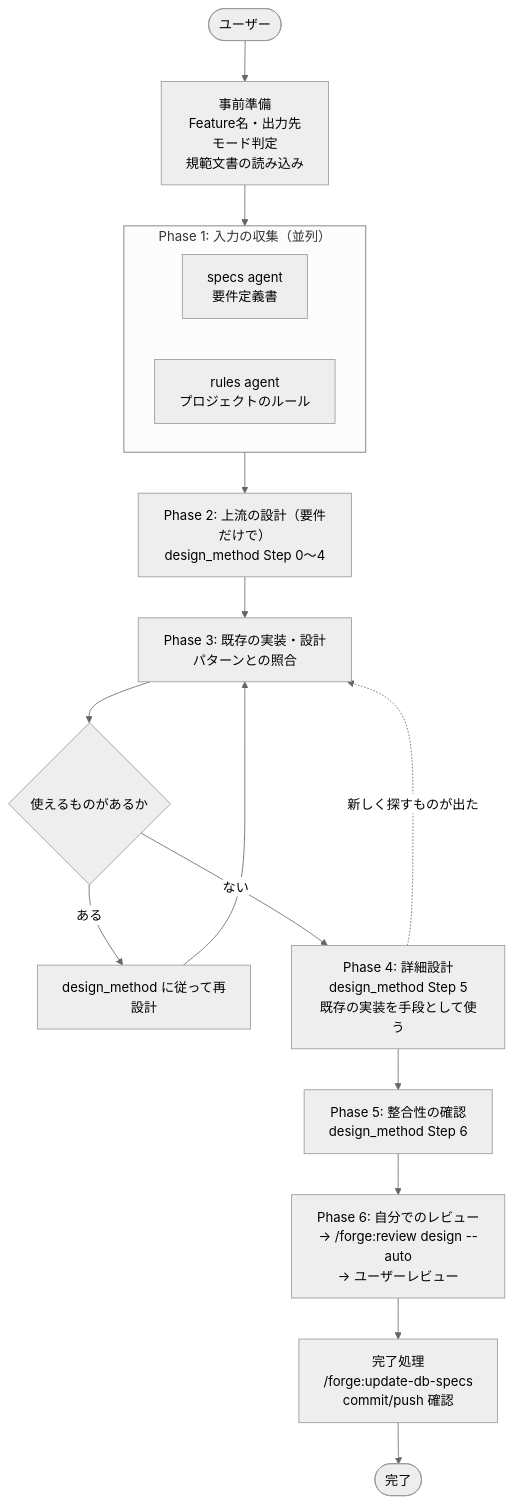
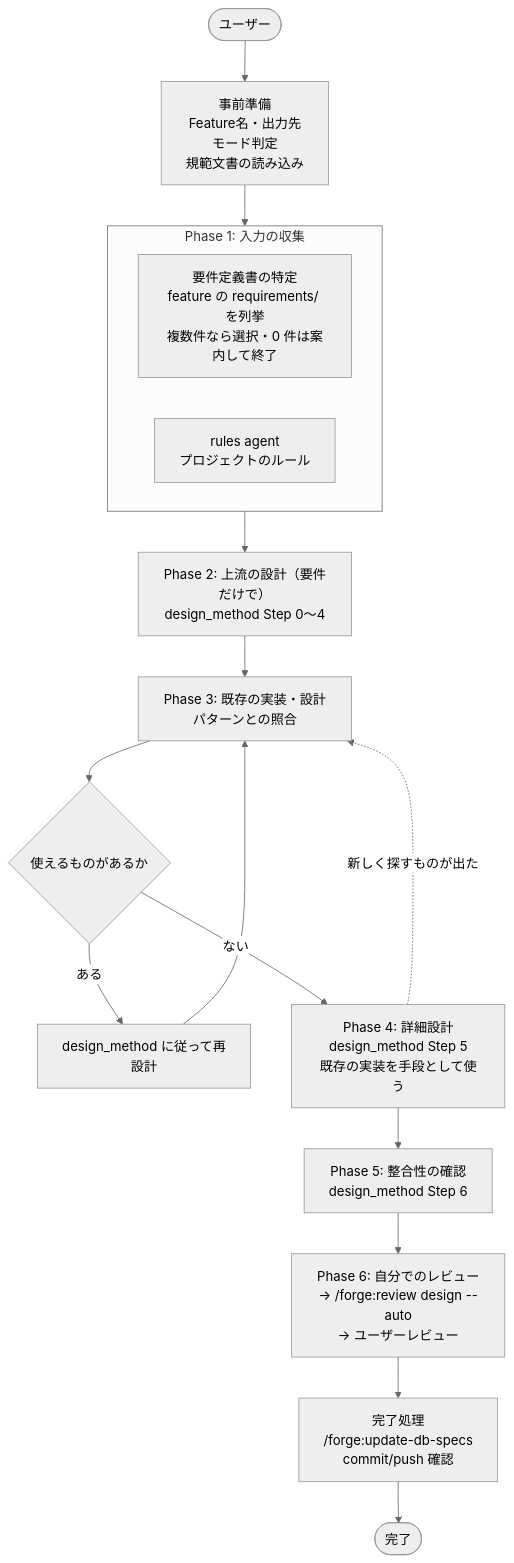
The diagram in docs/specs/forge/design/DES-018_create_design_workflow_design.md (BlueEventHorizon/bw-cc-plugins), drawn with Mermaid (neutral theme) before and after one commit. The commit also changed other lines of this file and 13 other files, not shown here.

First line of the commit message:
refactor(forge): start-design の入力となる要件定義書を、検索ではなく feature の requirements/ の列挙で特定する形にし、関連文書と索引を直す

````diff
--- a/docs/specs/forge/design/DES-018_create_design_workflow_design.md
+++ b/docs/specs/forge/design/DES-018_create_design_workflow_design.md
@@ -14,29 +14,29 @@
 ```mermaid
 flowchart TD
     User([ユーザー]) --> PREREQ
 
     PREREQ["事前準備<br>Feature名・出力先<br>モード判定<br>規範文書の読み込み"] --> COLLECT
 
-    subgraph COLLECT["Phase 1: 入力の収集（並列）"]
-        A1["specs agent<br>要件定義書"]
+    subgraph COLLECT["Phase 1: 入力の収集"]
+        A1["要件定義書の特定<br>feature の requirements/ を列挙<br>複数件なら選択・0 件は案内して終了"]
         A2["rules agent<br>プロジェクトのルール"]
     end
 
     COLLECT --> DESIGN
 
     DESIGN["Phase 2: 上流の設計（要件だけで）<br>design_method Step 0〜4"] --> MATCH
 
     MATCH["Phase 3: 既存の実装・設計パターンとの照合"] --> FOUND{使えるものがあるか}
     FOUND -->|"ある"| REDESIGN["design_method に従って再設計"]
     REDESIGN --> MATCH
     FOUND -->|"ない"| DETAIL
 
     DETAIL["Phase 4: 詳細設計<br>design_method Step 5<br>既存の実装を手段として使う"] --> CHECK
     DETAIL -.->|"新しく探すものが出た"| MATCH
 
     CHECK["Phase 5: 整合性の確認<br>design_method Step 6"] --> REVIEW
 
     REVIEW["Phase 6: 自分でのレビュー<br>→ /forge:review design --auto<br>→ ユーザーレビュー"] --> FINISH
 
     FINISH["完了処理<br>/forge:update-db-specs<br>commit/push 確認"] --> Done([完了])
 ```
````
